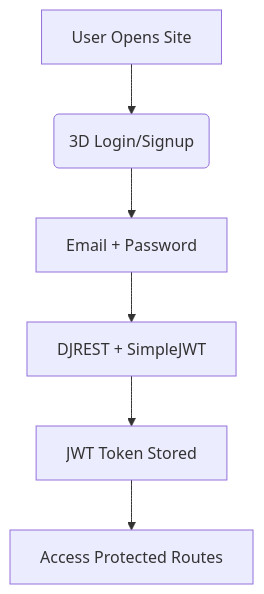
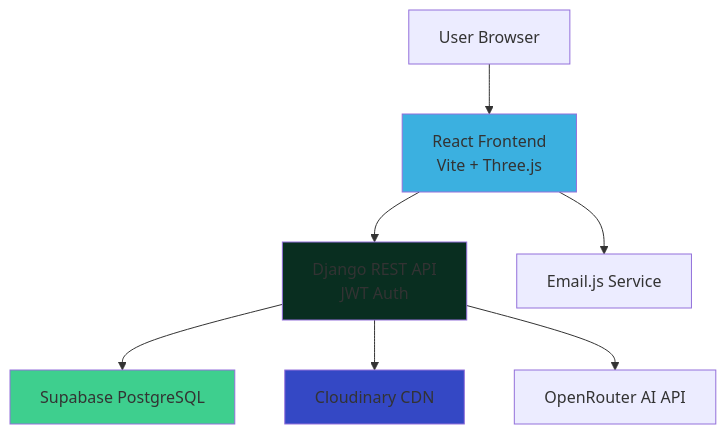
The diagram in README.md (sayyedrabeeh/Full-Stack-Developer-Portfolio-with-3D-Animations-and-AI-Integration), drawn with Mermaid before and after one commit. The commit also changed other lines of this file and 1 other file, not shown here.

````diff
--- a/README.md
+++ b/README.md
@@ -102,8 +110,14 @@
 ```mermaid
-graph TD
-    A[User Opens Site] --> B(3D Login/Signup)
-    B --> C[Email + Password]
-    C --> D[DJREST + SimpleJWT]
-    D --> E[JWT Token Stored]
-    E --> F[Access Protected Routes]
+graph TB
+    A[User Browser] --> B[React Frontend<br/>Vite + Three.js]
+    B --> C[Django REST API<br/>JWT Auth]
+    C --> D[Supabase PostgreSQL]
+    C --> E[Cloudinary CDN]
+    B --> F[Email.js Service]
+    C --> G[OpenRouter AI API]
+    
+    style B fill:#3BB0E0
+    style C fill:#092E20
+    style D fill:#3ECF8E
+    style E fill:#3448C5
 ```
````
